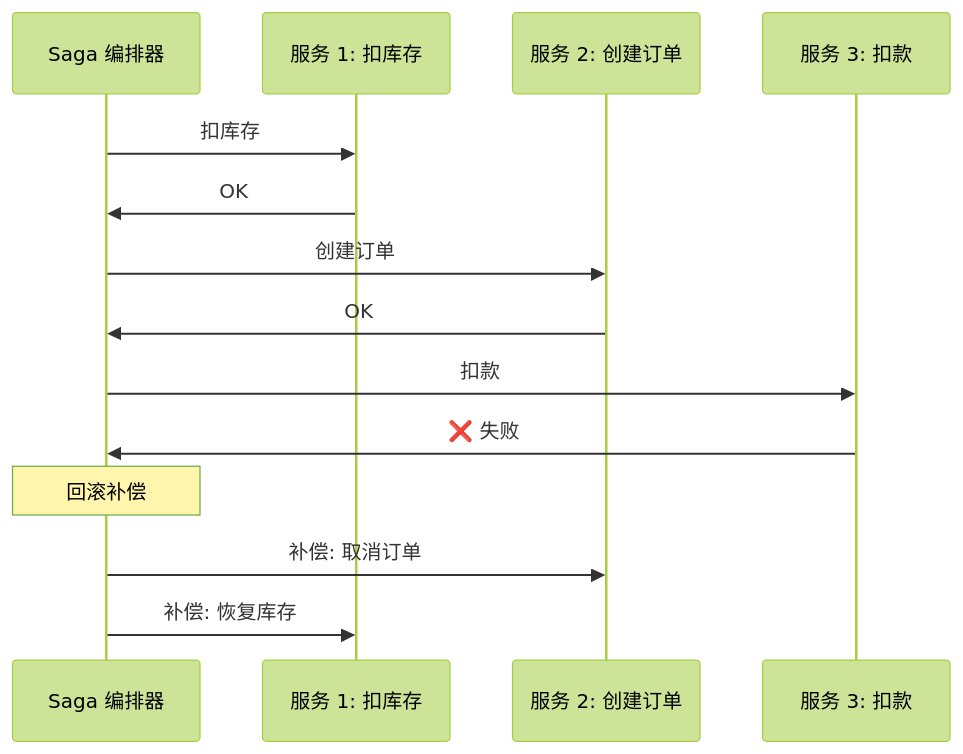
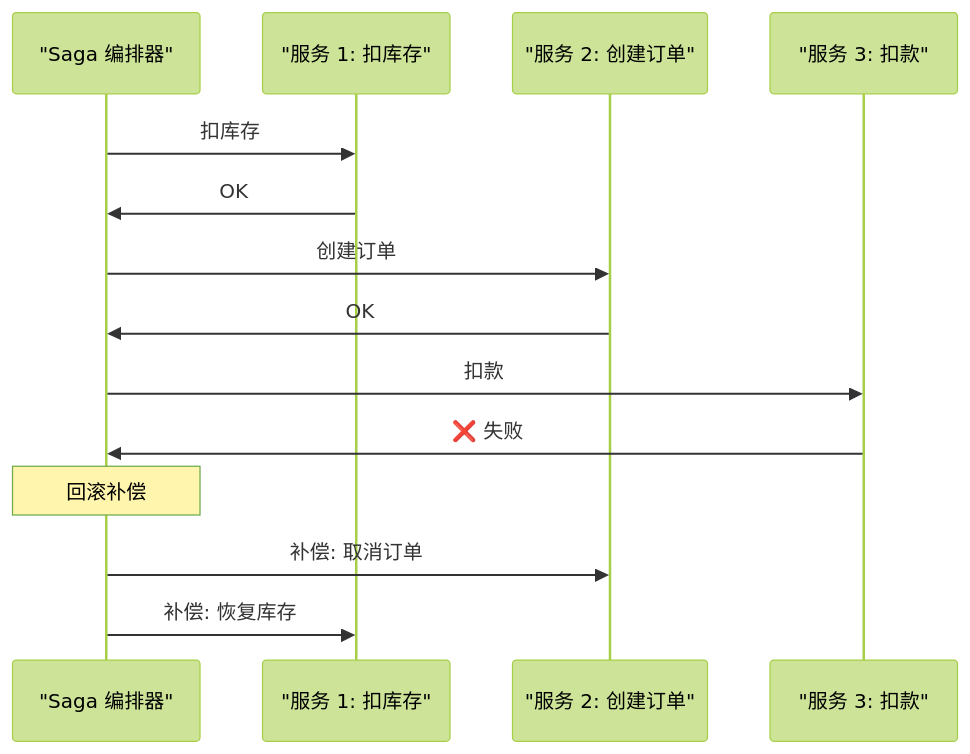
Diagram 27 of 32 in 14-system-design/README.md (kane201x/javadoc), drawn with Mermaid (forest theme) before and after one commit. The commit also changed other lines of this file and 12 other files, not shown here.

First line of the commit message:
fix: correct mermaid diagram syntax across all modules

````diff
--- a/14-system-design/README.md
+++ b/14-system-design/README.md
@@ -1551,18 +1551,18 @@
 ```mermaid
 sequenceDiagram
-    participant Saga as Saga 编排器
-    participant S1 as 服务 1: 扣库存
-    participant S2 as 服务 2: 创建订单
-    participant S3 as 服务 3: 扣款
+    participant Saga as "Saga 编排器"
+    participant S1 as "服务 1: 扣库存"
+    participant S2 as "服务 2: 创建订单"
+    participant S3 as "服务 3: 扣款"
 
     Saga->>S1: 扣库存
     S1->>Saga: OK
     Saga->>S2: 创建订单
     S2->>Saga: OK
     Saga->>S3: 扣款
     S3->>Saga: ❌ 失败
 
     Note over Saga: 回滚补偿
     Saga->>S2: 补偿: 取消订单
     Saga->>S1: 补偿: 恢复库存
 ```
````
